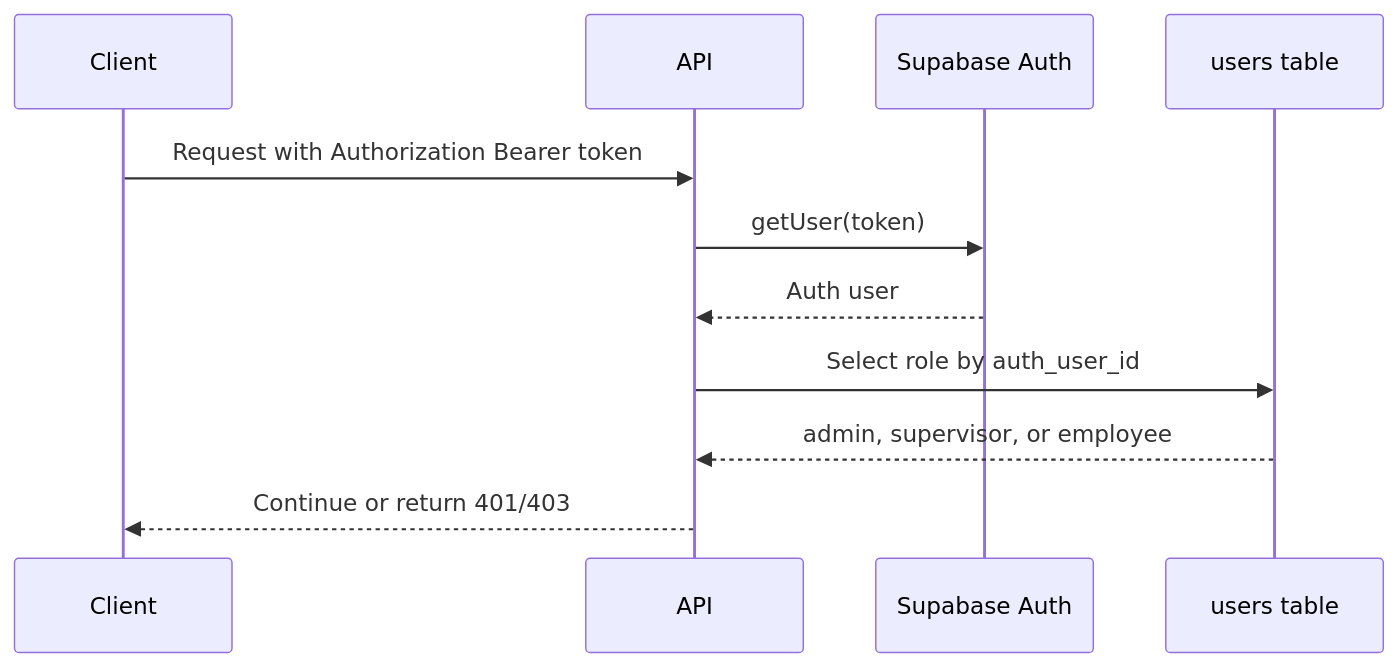
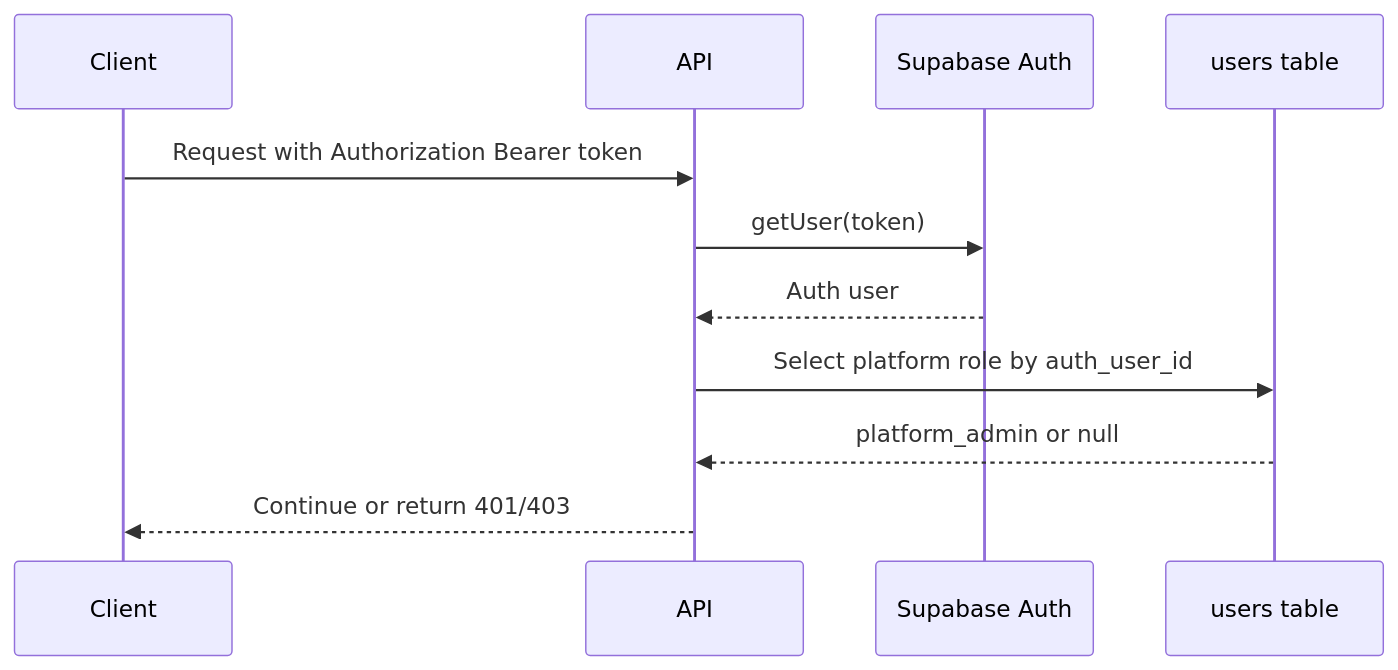
The fourth of 6 diagrams in backend/README.md (barshatpradhan/supervisor-ai), drawn with Mermaid before and after one commit. The commit also changed other lines of this file, not shown here.

Commit message:
docs: document platform and tenant authorization

````diff
--- a/backend/README.md
+++ b/backend/README.md
@@ -131,14 +132,14 @@
 ```mermaid
 sequenceDiagram
   participant Client
   participant API
   participant SupabaseAuth as Supabase Auth
   participant DB as users table
 
   Client->>API: Request with Authorization Bearer token
   API->>SupabaseAuth: getUser(token)
   SupabaseAuth-->>API: Auth user
-  API->>DB: Select role by auth_user_id
-  DB-->>API: admin, supervisor, or employee
+  API->>DB: Select platform role by auth_user_id
+  DB-->>API: platform_admin or null
   API-->>Client: Continue or return 401/403
 ```
````
